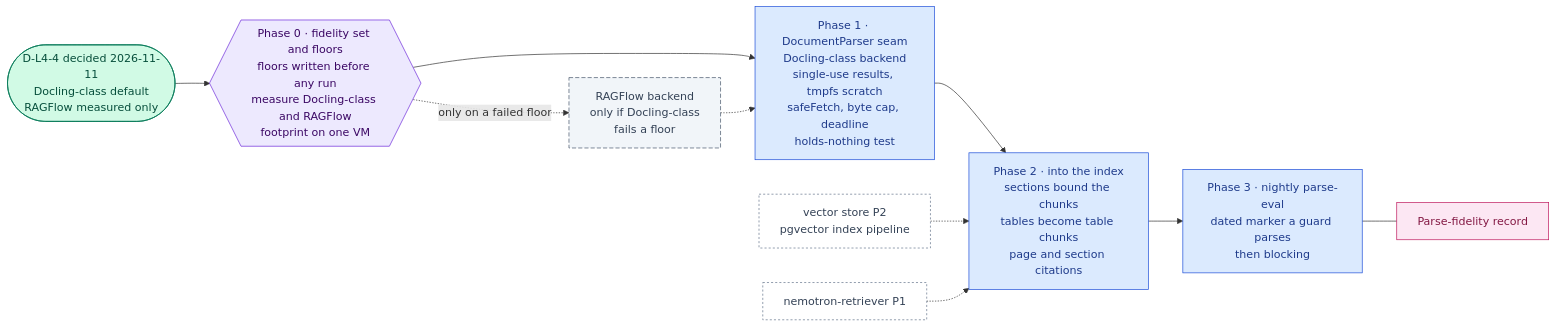
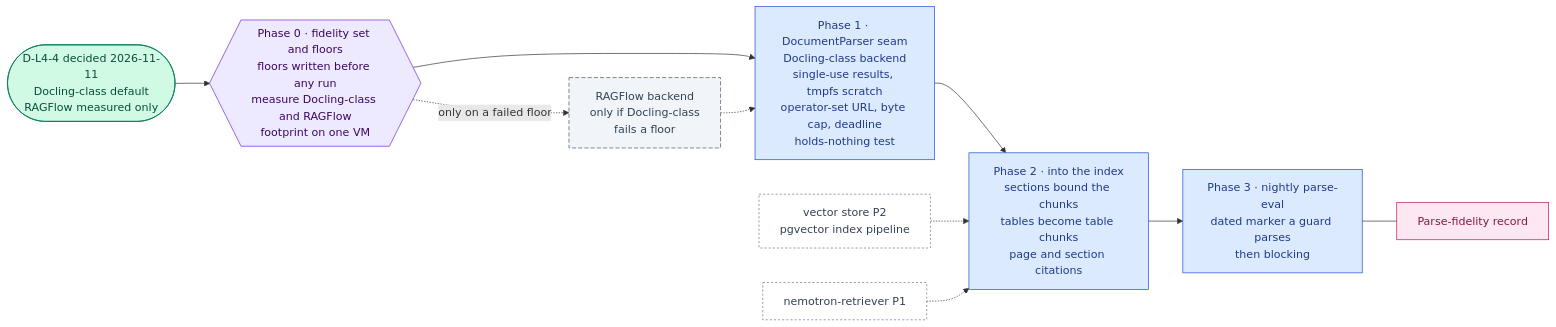
Before and after one commit to RodnaPamet/inflect-compliance: the diagram in docs/ai-architecture/ragflow.md, drawn with Mermaid. The commit also changed other lines of this file, not shown here.

First line of the commit message:
docs(ai): dial the in-deployment parser by operator URL, not safeFetch

````diff
--- a/docs/ai-architecture/ragflow.md
+++ b/docs/ai-architecture/ragflow.md
@@ -39,26 +39,26 @@
 ```mermaid
 flowchart LR
   D0(["D-L4-4 decided 2026-11-11<br/>Docling-class default<br/>RAGFlow measured only"]):::done
   P0{{"Phase 0 · fidelity set and floors<br/>floors written before any run<br/>measure Docling-class and RAGFlow<br/>footprint on one VM"}}:::gate
-  P1["Phase 1 · DocumentParser seam<br/>Docling-class backend<br/>single-use results, tmpfs scratch<br/>safeFetch, byte cap, deadline<br/>holds-nothing test"]:::todo
+  P1["Phase 1 · DocumentParser seam<br/>Docling-class backend<br/>single-use results, tmpfs scratch<br/>operator-set URL, byte cap, deadline<br/>holds-nothing test"]:::todo
   P2["Phase 2 · into the index<br/>sections bound the chunks<br/>tables become table chunks<br/>page and section citations"]:::todo
   P3["Phase 3 · nightly parse-eval<br/>dated marker a guard parses<br/>then blocking"]:::todo
   RF["RAGFlow backend<br/>only if Docling-class<br/>fails a floor"]:::optional
   WV["vector store P2<br/>pgvector index pipeline"]:::ext
   RT["nemotron-retriever P1"]:::ext
   REC["Parse-fidelity record"]:::eval
   D0 --> P0 --> P1 --> P2 --> P3
   P0 -.->|only on a failed floor| RF
   RF -.-> P1
   WV -.-> P2
   RT -.-> P2
   P3 --- REC
 
   classDef done fill:#d1fae5,stroke:#047857,color:#064e3b
   classDef todo fill:#dbeafe,stroke:#1d4ed8,color:#1e3a8a
   classDef gate fill:#ede9fe,stroke:#6d28d9,color:#3b0764
   classDef ext fill:#ffffff,stroke:#64748b,color:#334155,stroke-dasharray:3 3
   classDef eval fill:#fce7f3,stroke:#be185d,color:#831843
   classDef declined fill:#f3f4f6,stroke:#6b7280,color:#374151,stroke-dasharray:4 3
   classDef optional fill:#f1f5f9,stroke:#475569,color:#334155,stroke-dasharray:6 3
 ```
````
